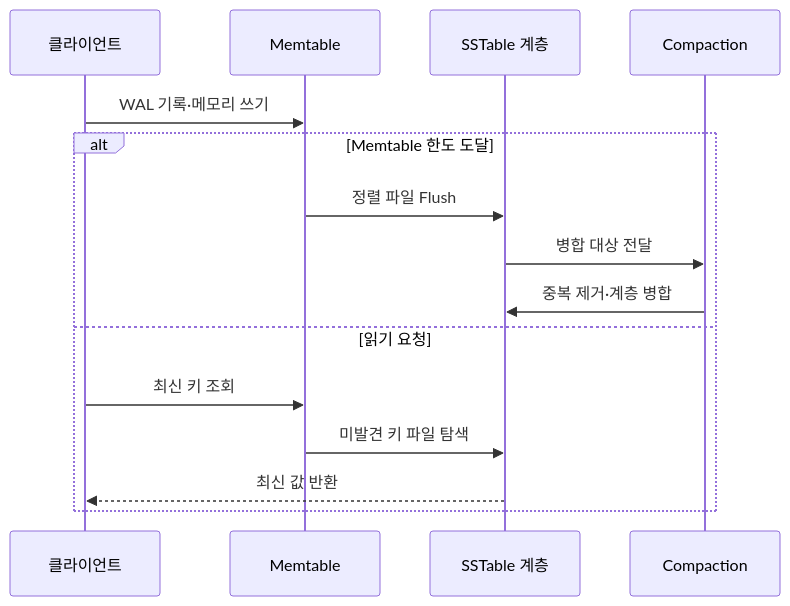
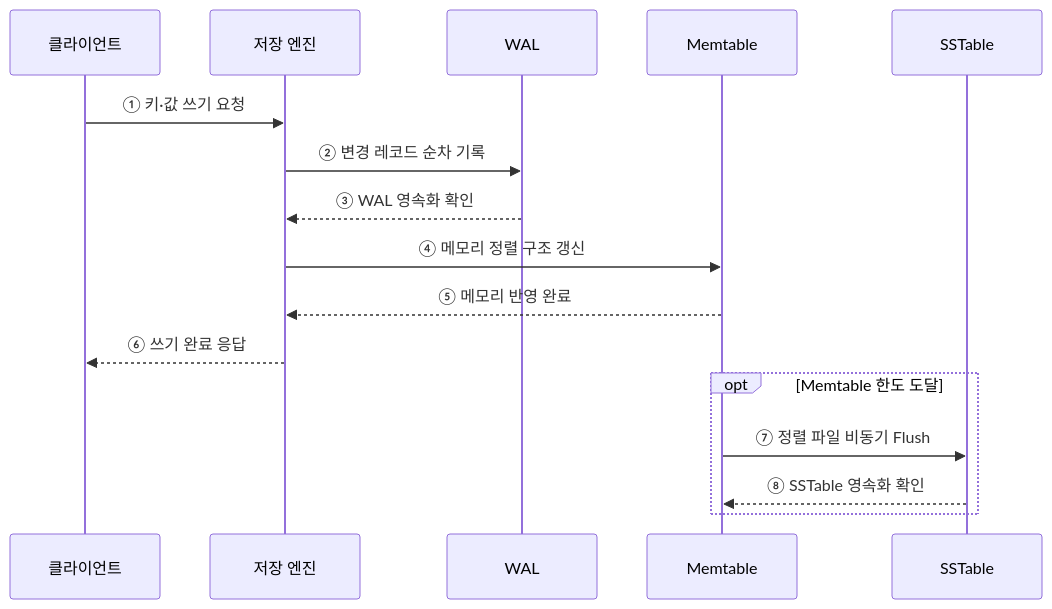
Before and after one commit to agnusdei1207/knowledge-base: the second of 2 diagrams in src/content/docs/notes/03-software/097_btree_vs_lsm_tree.md, drawn with Mermaid. The commit also changed other lines of this file and 20 other files, not shown here.

````diff
--- a/src/content/docs/notes/03-software/097_btree_vs_lsm_tree.md
+++ b/src/content/docs/notes/03-software/097_btree_vs_lsm_tree.md
@@ -82,17 +71,18 @@
 ```mermaid
 sequenceDiagram
     participant C as 클라이언트
+    participant E as 저장 엔진
+    participant W as WAL
     participant M as Memtable
-    participant S as SSTable 계층
-    participant P as Compaction
-    C->>M: WAL 기록·메모리 쓰기
-    alt Memtable 한도 도달
-        M->>S: 정렬 파일 Flush
-        S->>P: 병합 대상 전달
-        P->>S: 중복 제거·계층 병합
-    else 읽기 요청
-        C->>M: 최신 키 조회
-        M->>S: 미발견 키 파일 탐색
-        S-->>C: 최신 값 반환
+    participant S as SSTable
+    C->>E: ① 키·값 쓰기 요청
+    E->>W: ② 변경 레코드 순차 기록
+    W-->>E: ③ WAL 영속화 확인
+    E->>M: ④ 메모리 정렬 구조 갱신
+    M-->>E: ⑤ 메모리 반영 완료
+    E-->>C: ⑥ 쓰기 완료 응답
+    opt Memtable 한도 도달
+        M->>S: ⑦ 정렬 파일 비동기 Flush
+        S-->>M: ⑧ SSTable 영속화 확인
     end
 ```
````
